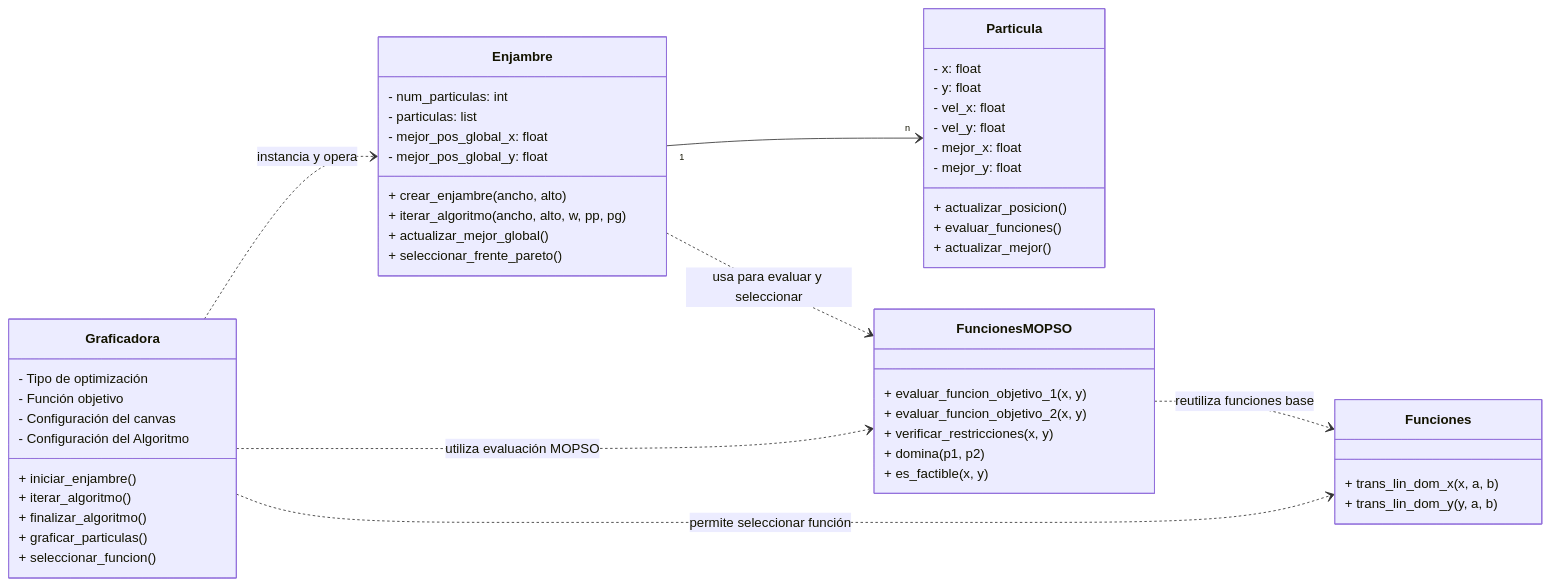
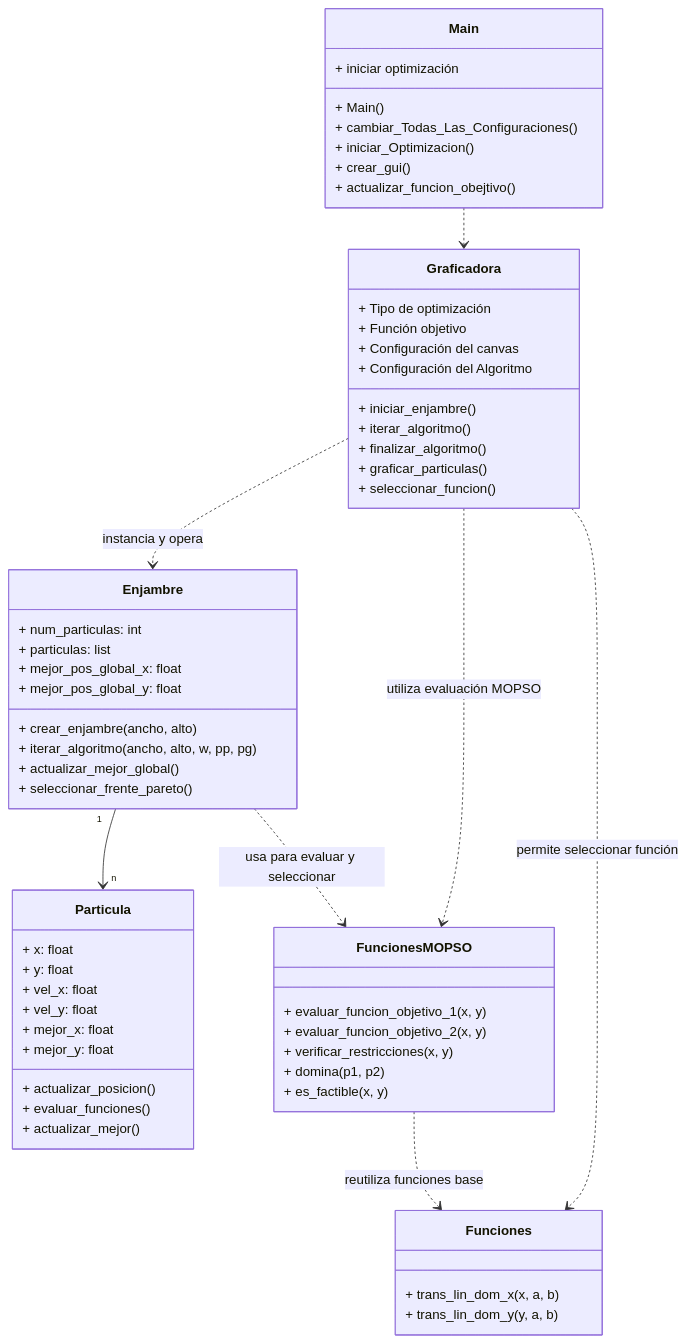
One commit to Mayoneso-0/Proyecto-POO changed the diagram in README.md. Above: the diagram before and after it, drawn with Mermaid.

Commit message:
README.md

````diff
--- a/README.md
+++ b/README.md
@@ -59,67 +59,77 @@
 ```mermaid
 classDiagram
-direction LR
+direction TB
 
 %% ==== Clases del Algoritmo ====
 
 class Particula {
-  - x: float
-  - y: float
-  - vel_x: float
-  - vel_y: float
-  - mejor_x: float
-  - mejor_y: float
+  + x: float
+  + y: float
+  + vel_x: float
+  + vel_y: float
+  + mejor_x: float
+  + mejor_y: float
   + actualizar_posicion()
   + evaluar_funciones()
   + actualizar_mejor()
 }
 
 class Enjambre {
-  - num_particulas: int
-  - particulas: list
-  - mejor_pos_global_x: float
-  - mejor_pos_global_y: float
+  + num_particulas: int
+  + particulas: list
+  + mejor_pos_global_x: float
+  + mejor_pos_global_y: float
   + crear_enjambre(ancho, alto)
   + iterar_algoritmo(ancho, alto, w, pp, pg)
   + actualizar_mejor_global()
   + seleccionar_frente_pareto()
 }
 
 Enjambre "1" --> "n" Particula
 
 %% ==== Clases de Funciones ====
 
 class Funciones {
   + trans_lin_dom_x(x, a, b)
   + trans_lin_dom_y(y, a, b)
 }
 
 class FuncionesMOPSO {
   + evaluar_funcion_objetivo_1(x, y)
   + evaluar_funcion_objetivo_2(x, y)
   + verificar_restricciones(x, y)
   + domina(p1, p2)
   + es_factible(x, y)
 }
 
 FuncionesMOPSO ..> Funciones : reutiliza funciones base
 Enjambre ..> FuncionesMOPSO : usa para evaluar y seleccionar
 
 %% ==== Graficador UI ====
 
 class Graficadora {
-  - Tipo de optimización
-  - Función objetivo
-  - Configuración del canvas
-  - Configuración del Algoritmo
+  + Tipo de optimización
+  + Función objetivo
+  + Configuración del canvas
+  + Configuración del Algoritmo
   + iniciar_enjambre()
   + iterar_algoritmo()
   + finalizar_algoritmo()
   + graficar_particulas()
   + seleccionar_funcion()
 }
 
+class Main {
+ + Main()
+ + iniciar optimización
+ + cambiar_Todas_Las_Configuraciones()
+ + iniciar_Optimizacion()
+ + crear_gui()
+ + actualizar_funcion_obejtivo()
+}
+
 Graficadora ..> Enjambre : instancia y opera
 Graficadora ..> Funciones : permite seleccionar función
 Graficadora ..> FuncionesMOPSO : utiliza evaluación MOPSO
+Main ..> Graficadora
 ```
````
